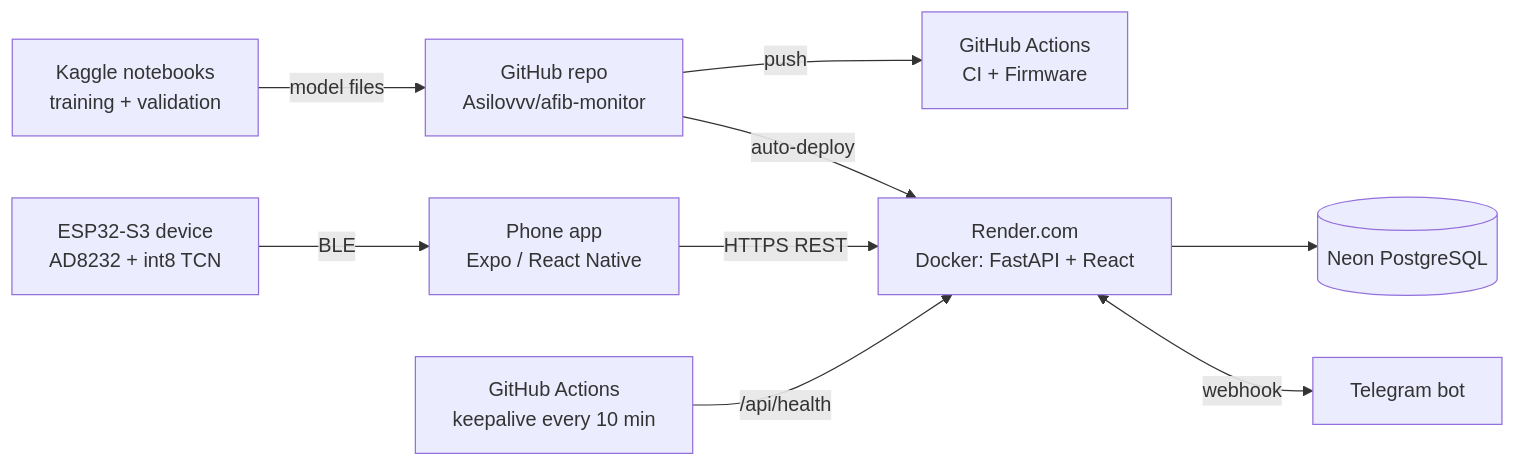
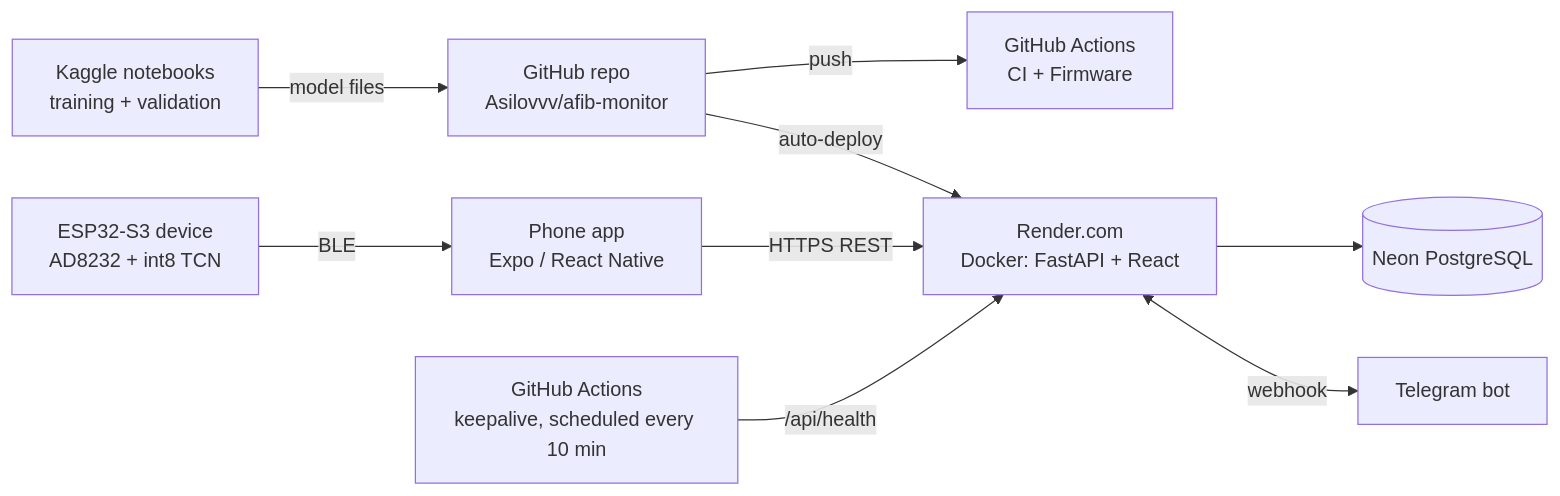
One commit to Asilovvv/afib-monitor changed the diagram in docs/DEPLOYMENT.md. Above: the diagram before and after it, drawn with Mermaid. The commit also changed other lines of this file and 19 other files, not shown here.

````diff
--- a/docs/DEPLOYMENT.md
+++ b/docs/DEPLOYMENT.md
@@ -6,11 +6,11 @@
 ```mermaid
 flowchart LR
   dev[GitHub repo<br/>Asilovvv/afib-monitor] -->|push| ci[GitHub Actions<br/>CI + Firmware]
   dev -->|auto-deploy| render[Render.com<br/>Docker: FastAPI + React]
   render --> neon[(Neon PostgreSQL)]
   render <-->|webhook| tg[Telegram bot]
   phone[Phone app<br/>Expo / React Native] -->|HTTPS REST| render
   device[ESP32-S3 device<br/>AD8232 + int8 TCN] -->|BLE| phone
   kaggle[Kaggle notebooks<br/>training + validation] -->|model files| dev
-  keep[GitHub Actions<br/>keepalive every 10 min] -->|/api/health| render
+  keep[GitHub Actions<br/>keepalive, scheduled every 10 min] -->|/api/health| render
 ```
````
